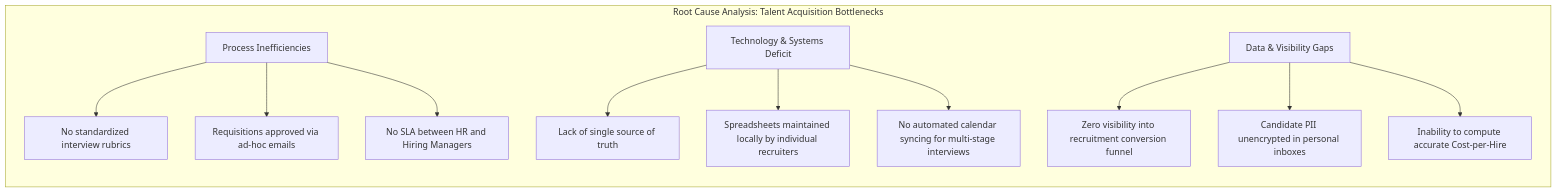
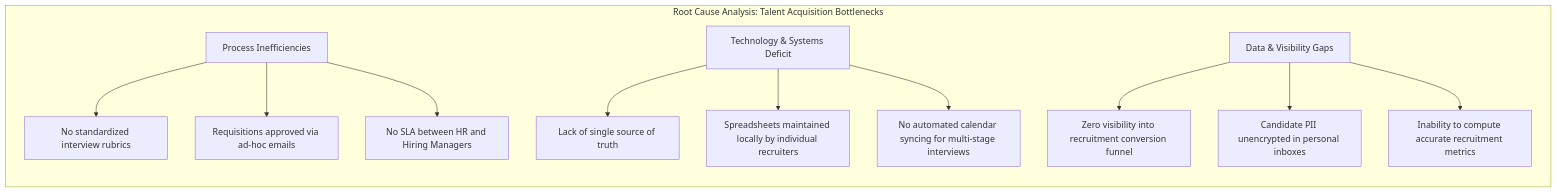
One commit to namrathach10/recruitment-ats-business-analysis changed the first of 5 diagrams in README.md. Above: the diagram before and after it, drawn with Mermaid. The commit also changed other lines of this file and 10 other files, not shown here.

````diff
--- a/README.md
+++ b/README.md
@@ -58,17 +72,17 @@
 ```mermaid
 flowchart TD
     subgraph Root Cause Analysis: Talent Acquisition Bottlenecks
         direction TB
         P["Process Inefficiencies"] --> P1["No standardized interview rubrics"]
         P --> P2["Requisitions approved via ad-hoc emails"]
         P --> P3["No SLA between HR and Hiring Managers"]
         
         T["Technology & Systems Deficit"] --> T1["Lack of single source of truth"]
         T --> T2["Spreadsheets maintained locally by individual recruiters"]
         T --> T3["No automated calendar syncing for multi-stage interviews"]
         
         D["Data & Visibility Gaps"] --> D1["Zero visibility into recruitment conversion funnel"]
         D --> D2["Candidate PII unencrypted in personal inboxes"]
-        D --> D3["Inability to compute accurate Cost-per-Hire"]
+        D --> D3["Inability to compute accurate recruitment metrics"]
     end
 ```
````
